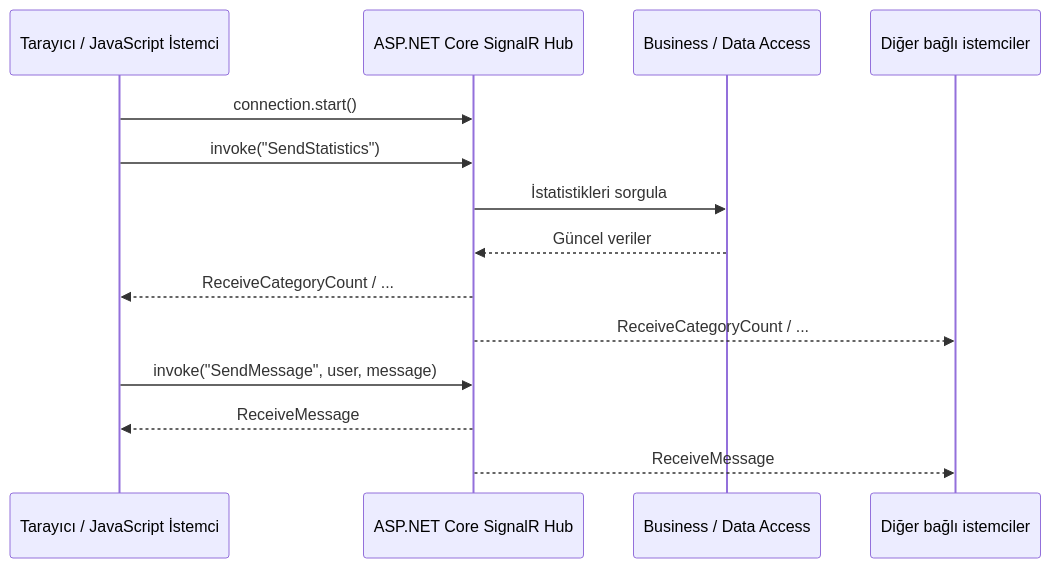
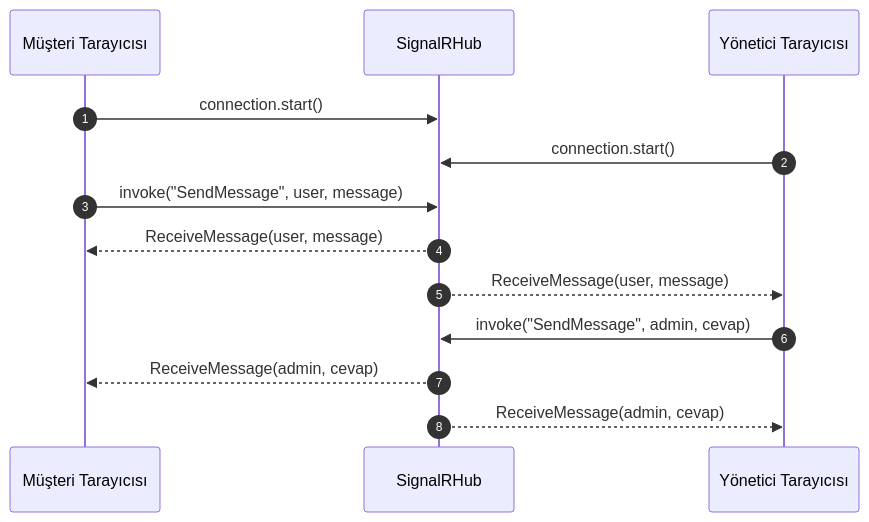
Before and after one commit to HalilGorkemUysal/SignalRProject: the first of 2 diagrams in README.md, drawn with Mermaid. The commit also changed other lines of this file, not shown here.

````diff
--- a/README.md
+++ b/README.md
@@ -49,16 +147,15 @@
 ```mermaid
 sequenceDiagram
-    participant C as Tarayıcı / JavaScript İstemci
-    participant H as ASP.NET Core SignalR Hub
-    participant S as Business / Data Access
-    participant O as Diğer bağlı istemciler
-    C->>H: connection.start()
-    C->>H: invoke("SendStatistics")
-    H->>S: İstatistikleri sorgula
-    S-->>H: Güncel veriler
-    H-->>C: ReceiveCategoryCount / ...
-    H-->>O: ReceiveCategoryCount / ...
-    C->>H: invoke("SendMessage", user, message)
-    H-->>C: ReceiveMessage
-    H-->>O: ReceiveMessage
+    autonumber
+    participant A as Müşteri Tarayıcısı
+    participant H as SignalRHub
+    participant B as Yönetici Tarayıcısı
+    A->>H: connection.start()
+    B->>H: connection.start()
+    A->>H: invoke("SendMessage", user, message)
+    H-->>A: ReceiveMessage(user, message)
+    H-->>B: ReceiveMessage(user, message)
+    B->>H: invoke("SendMessage", admin, cevap)
+    H-->>A: ReceiveMessage(admin, cevap)
+    H-->>B: ReceiveMessage(admin, cevap)
 ```
````
